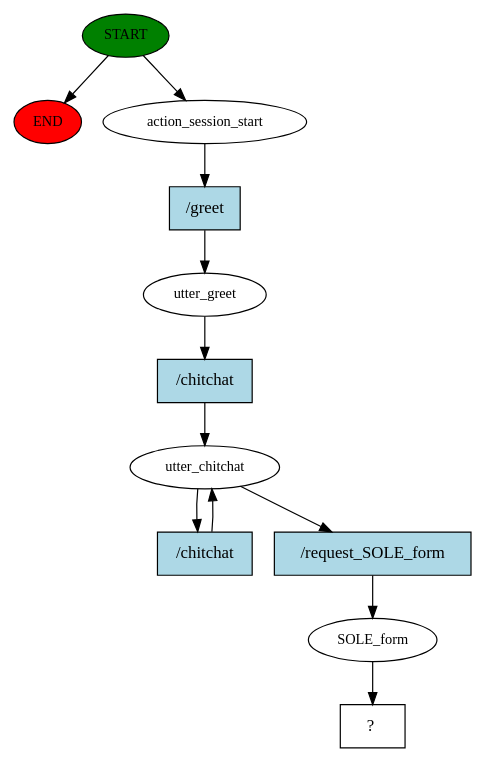
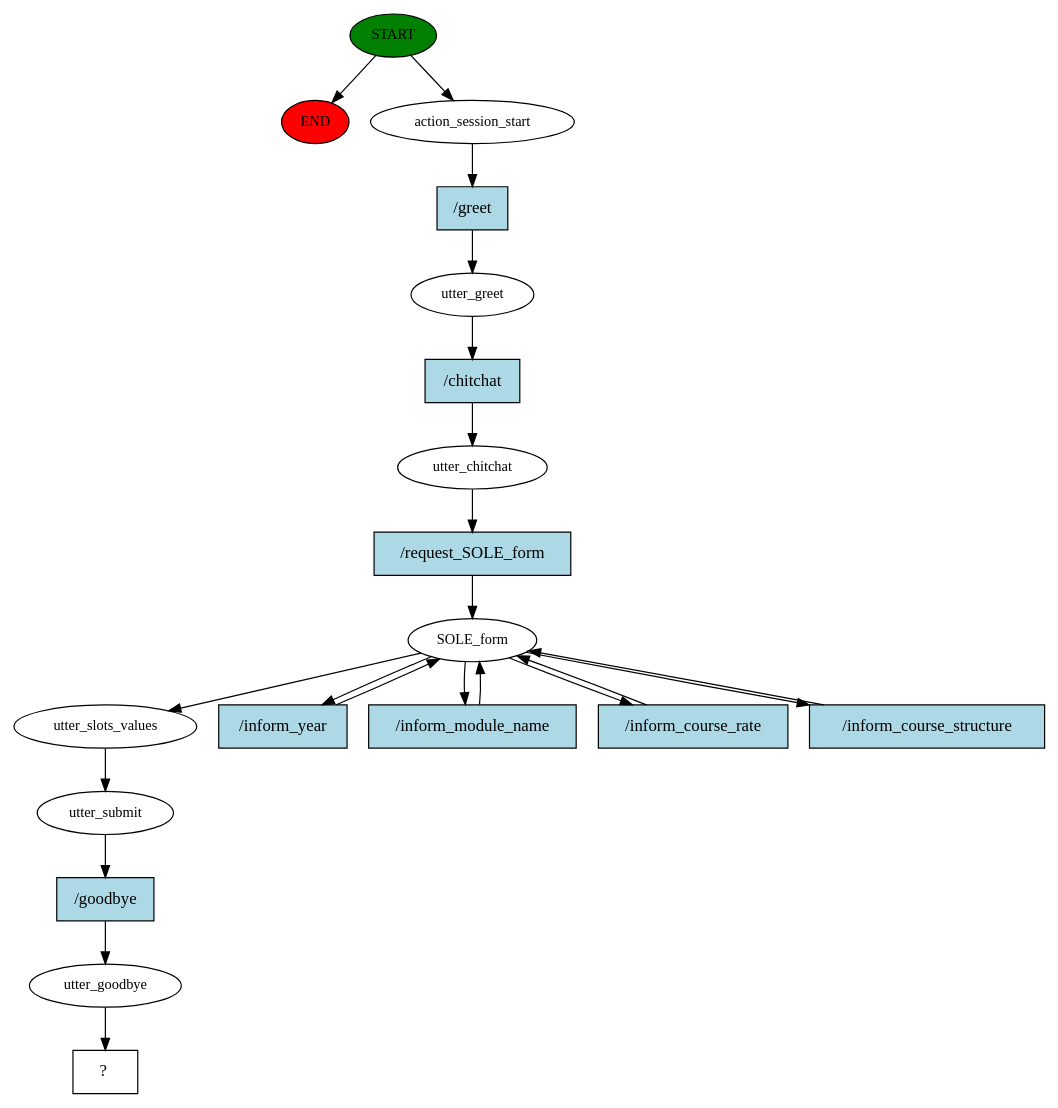
Before and after one commit to hkl19/Rasa-Surveybot1: the diagram in FYP/story_graph.dot, drawn with Graphviz. The commit also changed 30 other files, not shown here.

```diff
--- a/FYP/story_graph.dot
+++ b/FYP/story_graph.dot
@@ -1,24 +1,41 @@
 digraph  {
 0 [class="start active", fillcolor=green, fontsize=12, label=START, style=filled];
 "-1" [class=end, fillcolor=red, fontsize=12, label=END, style=filled];
 1 [class=active, fontsize=12, label=action_session_start];
 2 [class=active, fontsize=12, label=utter_greet];
 3 [class=active, fontsize=12, label=utter_chitchat];
-6 [class=active, fontsize=12, label=SOLE_form];
-7 [class="intent dashed active", label="  ?  ", shape=rect];
-8 [class="intent active", fillcolor=lightblue, label="/greet", shape=rect, style=filled];
-9 [class="intent active", fillcolor=lightblue, label="/chitchat", shape=rect, style=filled];
-10 [class="intent active", fillcolor=lightblue, label="/chitchat", shape=rect, style=filled];
-11 [class="intent active", fillcolor=lightblue, label="/request_SOLE_form", shape=rect, style=filled];
+4 [class=active, fontsize=12, label=SOLE_form];
+9 [class=active, fontsize=12, label=utter_slots_values];
+10 [class=active, fontsize=12, label=utter_submit];
+11 [class=active, fontsize=12, label=utter_goodbye];
+12 [class="intent dashed active", label="  ?  ", shape=rect];
+13 [class="intent active", fillcolor=lightblue, label="/greet", shape=rect, style=filled];
+14 [class="intent active", fillcolor=lightblue, label="/chitchat", shape=rect, style=filled];
+15 [class="intent active", fillcolor=lightblue, label="/request_SOLE_form", shape=rect, style=filled];
+16 [class="intent active", fillcolor=lightblue, label="/inform_year", shape=rect, style=filled];
+17 [class="intent active", fillcolor=lightblue, label="/inform_module_name", shape=rect, style=filled];
+18 [class="intent active", fillcolor=lightblue, label="/inform_course_rate", shape=rect, style=filled];
+19 [class="intent active", fillcolor=lightblue, label="/inform_course_structure", shape=rect, style=filled];
+20 [class="intent active", fillcolor=lightblue, label="/goodbye", shape=rect, style=filled];
 0 -> "-1"  [class="", key=NONE, label=""];
 0 -> 1  [class=active, key=NONE, label=""];
-1 -> 8  [class=active, key=0];
-2 -> 9  [class=active, key=0];
-3 -> 10  [class=active, key=0];
-3 -> 11  [class=active, key=0];
-6 -> 7  [class=active, key=NONE, label=""];
-8 -> 2  [class=active, key=0];
-9 -> 3  [class=active, key=0];
-10 -> 3  [class=active, key=0];
-11 -> 6  [class=active, key=0];
+1 -> 13  [class=active, key=0];
+2 -> 14  [class=active, key=0];
+3 -> 15  [class=active, key=0];
+4 -> 9  [class=active, key=NONE, label=""];
+4 -> 16  [class=active, key=0];
+4 -> 17  [class=active, key=0];
+4 -> 18  [class=active, key=0];
+4 -> 19  [class=active, key=0];
+9 -> 10  [class=active, key=NONE, label=""];
+10 -> 20  [class=active, key=0];
+11 -> 12  [class=active, key=NONE, label=""];
+13 -> 2  [class=active, key=0];
+14 -> 3  [class=active, key=0];
+15 -> 4  [class=active, key=0];
+16 -> 4  [class=active, key=0];
+17 -> 4  [class=active, key=0];
+18 -> 4  [class=active, key=0];
+19 -> 4  [class=active, key=0];
+20 -> 11  [class=active, key=0];
 }
```
